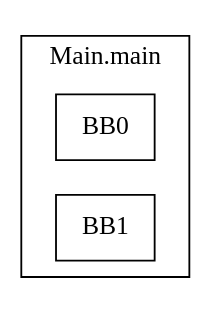
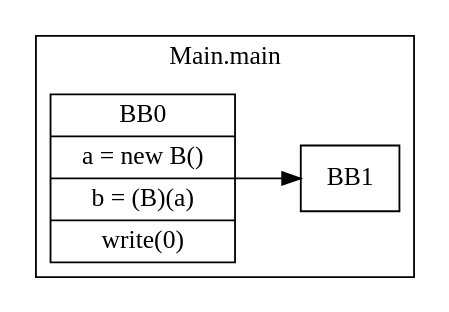
One commit to panubala/CDPP changed the diagram in HW5/javali_tests/HW4/OkDowncast.javali.cfg.dot. Above: the diagram before and after it, drawn with Graphviz. The commit also changed 58 other files, not shown here.

```diff
--- a/HW5/javali_tests/HW4/OkDowncast.javali.cfg.dot
+++ b/HW5/javali_tests/HW4/OkDowncast.javali.cfg.dot
@@ -1,14 +1,15 @@
 digraph G {
   graph [ rankdir = "LR" ];
   subgraph cluster_0 {
     label = "Main.main"
     M0_BB0 [
       shape="record"
-      label="BB0"
+      label="BB0|a = new B()|b = (B)(a)|write(0)"
     ];
+    M0_BB0 -> M0_BB1;
     M0_BB1 [
       shape="record"
       label="BB1"
     ];
   }
 }
```
